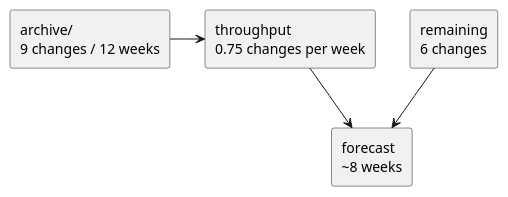
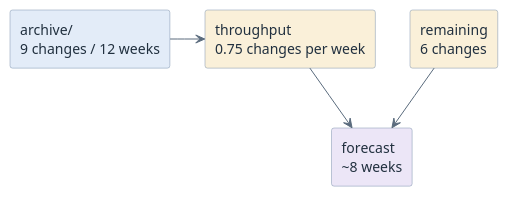
Before and after one commit to htl-leonding-college/curriculum-syp3: the diagram in modules/governance-estimation-hygiene/questions.adoc, drawn with PlantUML. The commit also changed 65 other files, not shown here.

First line of the commit message:
feat(site): give the diagrams a semantic pastel palette

```diff
--- a/modules/governance-estimation-hygiene/questions.adoc
+++ b/modules/governance-estimation-hygiene/questions.adoc
@@ -95,14 +95,17 @@
 [plantuml,q-estimate-from-history,svg]
 ----
 @startuml
-skinparam monochrome true
+<style>
+element { BackgroundColor #EDF3FA; LineColor #7C93AD; FontColor #21303F }
+arrow { LineColor #5A6B7D; FontColor #21303F }
+</style>
 skinparam shadowing false
-rectangle "archive/\n9 changes / 12 weeks" as A
-rectangle "throughput\n0.75 changes per week" as T
-rectangle "remaining\n6 changes" as S
-rectangle "forecast\n~8 weeks" as F
+rectangle "archive/\n9 changes / 12 weeks" as A #E3ECF8
+rectangle "throughput\n0.75 changes per week" as T #FAF0D9
+rectangle "remaining\n6 changes" as S #FAF0D9
+rectangle "forecast\n~8 weeks" as F #ECE6F7
 A -right-> T
 T -down-> F
 S -down-> F
 @enduml
 ----
```
